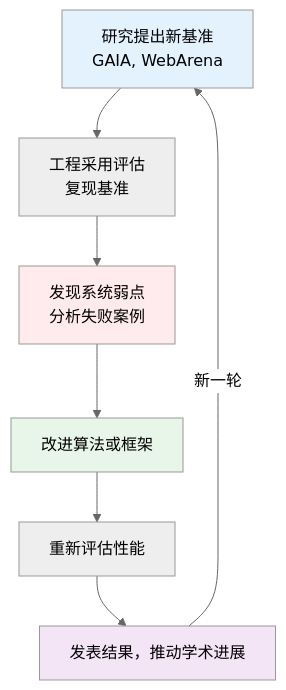
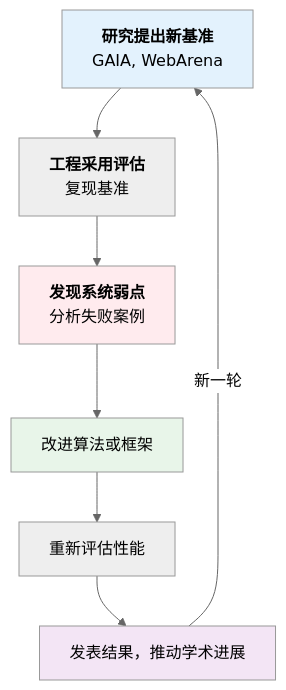
One commit to yeasy/harness_engineering_guide changed the second of 2 diagrams in 13_evaluation/summary.md. Above: the diagram before and after it, drawn with Mermaid (neutral theme). The commit also changed 26 other files, not shown here.

Commit message:
Add bold titles to Mermaid diagram nodes

````diff
--- a/13_evaluation/summary.md
+++ b/13_evaluation/summary.md
@@ -124,14 +124,14 @@
 ```mermaid
 flowchart TD
-    A["研究提出新基准<br/>GAIA, WebArena"] --> B["工程采用评估<br/>复现基准"]
-    B --> C["发现系统弱点<br/>分析失败案例"]
+    A["<b>研究提出新基准</b><br/>GAIA, WebArena"] --> B["<b>工程采用评估</b><br/>复现基准"]
+    B --> C["<b>发现系统弱点</b><br/>分析失败案例"]
     C --> D["改进算法或框架"]
     D --> E["重新评估性能"]
     E --> F["发表结果，推动学术进展"]
     F -->|新一轮| A
 
     style A fill:#e3f2fd
     style C fill:#ffebee
     style D fill:#e8f5e9
     style F fill:#f3e5f5
 ```
````
